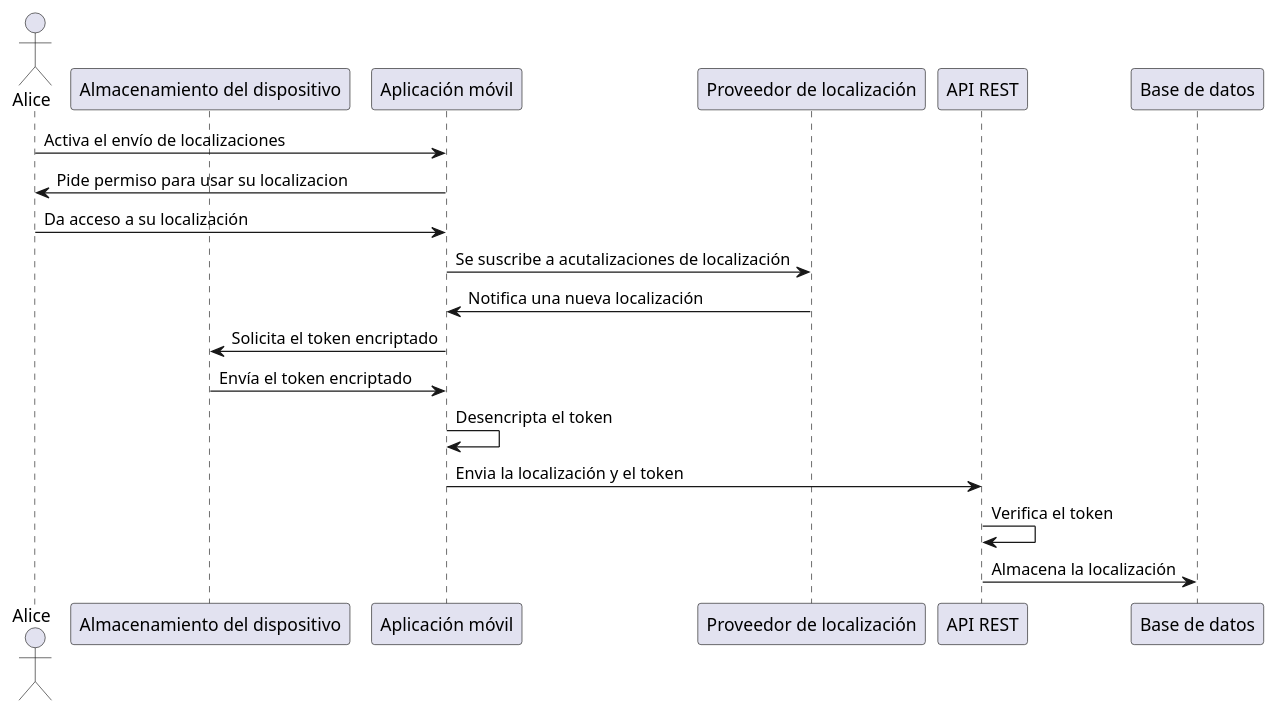
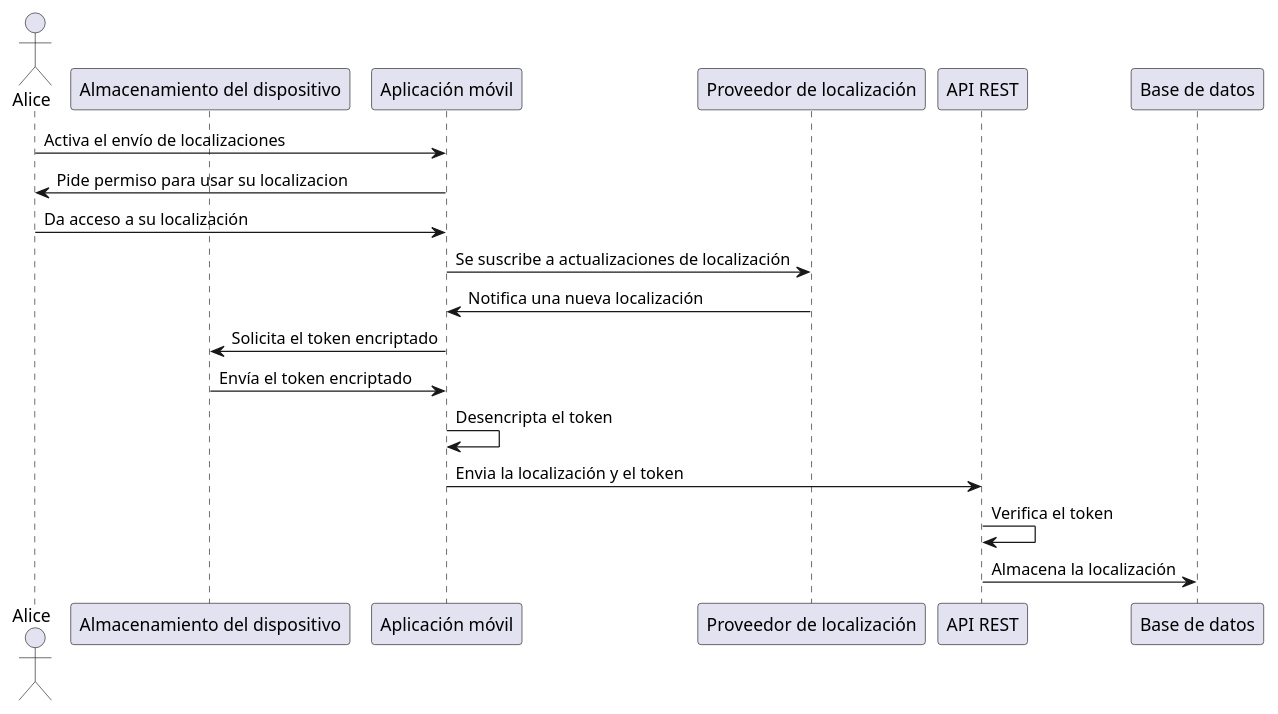
The second of 5 diagrams in webapp/docs/06_runtime_view.adoc (Arquisoft/radarin_es4b), drawn with PlantUML before and after one commit.

```diff
--- a/webapp/docs/06_runtime_view.adoc
+++ b/webapp/docs/06_runtime_view.adoc
@@ -33,20 +33,20 @@
 [plantuml,"Subir posición",png]
 ----
 actor Alice
 participant "Almacenamiento del dispositivo"
 participant "Aplicación móvil"
 participant "Proveedor de localización"
 participant "API REST"
 participant "Base de datos"
 Alice -> "Aplicación móvil": Activa el envío de localizaciones
 "Aplicación móvil" -> Alice: Pide permiso para usar su localizacion
 Alice -> "Aplicación móvil": Da acceso a su localización
-"Aplicación móvil" -> "Proveedor de localización": Se suscribe a acutalizaciones de localización
+"Aplicación móvil" -> "Proveedor de localización": Se suscribe a actualizaciones de localización
 "Proveedor de localización" -> "Aplicación móvil": Notifica una nueva localización
 "Aplicación móvil" -> "Almacenamiento del dispositivo": Solicita el token encriptado
 "Aplicación móvil" <- "Almacenamiento del dispositivo": Envía el token encriptado
 "Aplicación móvil" -> "Aplicación móvil": Desencripta el token
 "Aplicación móvil" -> "API REST": Envia la localización y el token
 "API REST" -> "API REST": Verifica el token
 "API REST" -> "Base de datos": Almacena la localización
 ----
```
